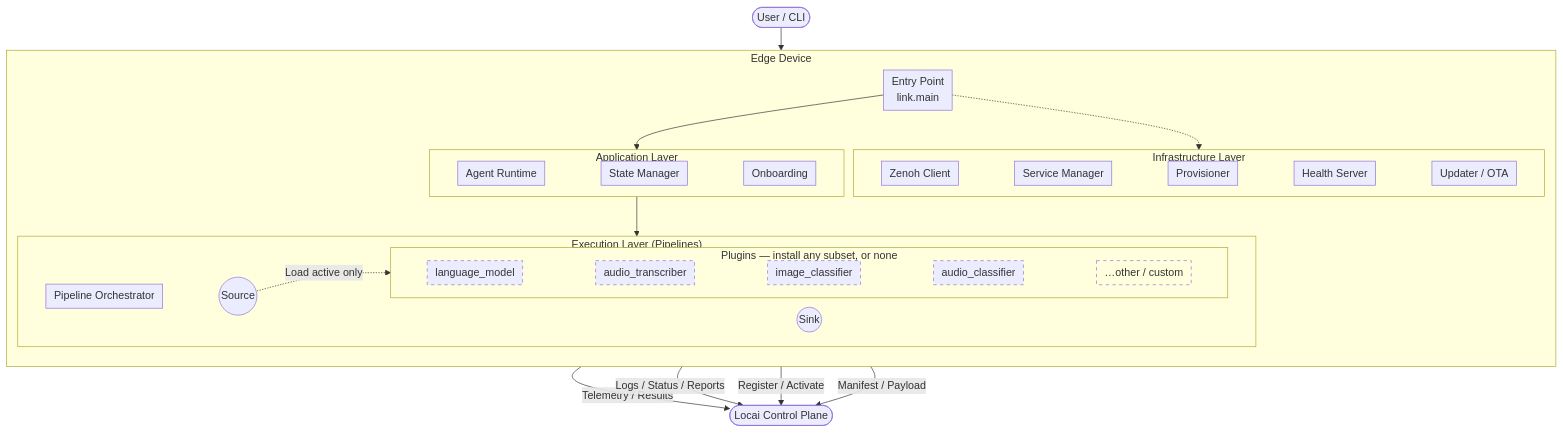
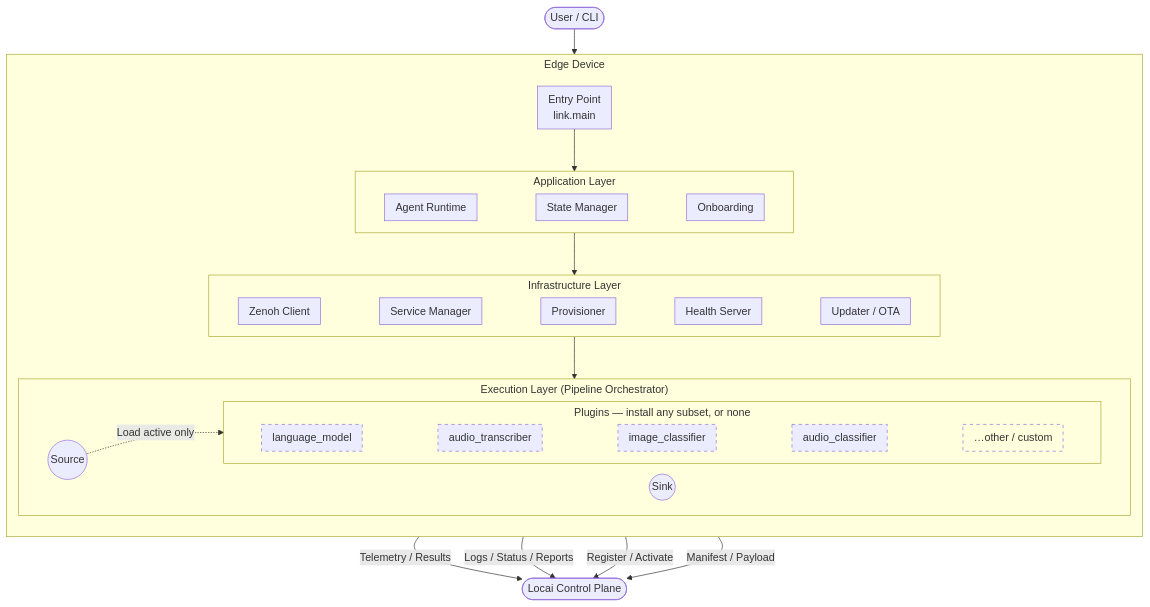
Before and after one commit to locai-co-uk/locai-link: the diagram in README.md, drawn with Mermaid.

````diff
--- a/README.md
+++ b/README.md
@@ -164,68 +164,60 @@
 ```mermaid
-%%{init: {"flowchart": {"rankSpacing": 34, "nodeSpacing": 14, "padding": 6}}}%%
+%%{init: {"flowchart": {"rankSpacing": 38, "nodeSpacing": 16, "padding": 8, "subGraphTitleMargin": {"top": 4, "bottom": 12}}}}%%
 flowchart TB
-    %% --- External Entities (Top) ---
+    %% Layers are stacked top-to-bottom; each layer's nodes are chained with
+    %% invisible links (~~~) so they sit in one row. That only holds if no node
+    %% inside a layer crosses the layer boundary — so the upstream arrows run
+    %% from the layer containers, not individual nodes.
     User([User / CLI])
 
-    %% --- The Edge Device (Middle) ---
-    %% Each layer's nodes are chained with invisible links (~~~) so they pack
-    %% into a compact row instead of a tall column. That only holds if no node
-    %% inside a layer has an edge crossing the layer boundary — so the upstream
-    %% arrows below run from the layer containers, not individual nodes.
     subgraph Device["Edge Device"]
         direction TB
 
         Entry[Entry Point<br/>link.main]
 
         subgraph App["Application Layer"]
             direction LR
             Runtime[Agent Runtime] ~~~ State[State Manager] ~~~ Onboard[Onboarding]
         end
 
         subgraph Infra["Infrastructure Layer"]
             direction LR
             Zenoh[Zenoh Client] ~~~ Service[Service Manager] ~~~ Provision[Provisioner] ~~~ Health[Health Server] ~~~ Updater[Updater / OTA]
         end
 
-        subgraph Exec["Execution Layer (Pipelines)"]
+        subgraph Exec["Execution Layer (Pipeline Orchestrator)"]
             direction LR
-            Pipe[Pipeline Orchestrator] ~~~ Source((Source)) ~~~ Sink((Sink))
+            Source((Source)) ~~~ Sink((Sink))
             subgraph Plugins["Plugins — install any subset, or none"]
                 direction LR
                 LM[language_model] ~~~ AT[audio_transcriber] ~~~ IC[image_classifier] ~~~ AC[audio_classifier] ~~~ More[…other / custom]
             end
         end
     end
 
-    %% --- External Entities (Bottom) ---
     Cloud([Locai Control Plane])
 
     %% --- Flows ---
     User --> Entry
     Entry --> App
-    Entry -.-> Infra
-    App --> Exec
+    App --> Infra
+    Infra --> Exec
     Source -.->|Load active only| Plugins
 
     %% Upstream to the control plane, at layer granularity:
     %%  • Execution (pipeline sinks): telemetry + inference results (data plane)
     %%  • Application (LinkReporter): logs, status, model state, deployment progress
     %%  • Application (Onboarding): device registration / activation
     %%  • Infrastructure (Updater): OTA manifest / payload
     Exec -->|Telemetry / Results| Cloud
     App -->|Logs / Status / Reports| Cloud
     App -->|Register / Activate| Cloud
     Infra -->|Manifest / Payload| Cloud
 
     %% --- Optionality styling: dashed borders signal "any subset" ---
     style LM stroke-dasharray:5 5
     style AT stroke-dasharray:5 5
     style IC stroke-dasharray:5 5
     style AC stroke-dasharray:5 5
     style More stroke-dasharray:5 5,fill:none
-    LM ~~~ AT
-    AT ~~~ IC
-    IC ~~~ AC
-    AC ~~~ More
-    Device ~~~ Cloud
 ```
````
